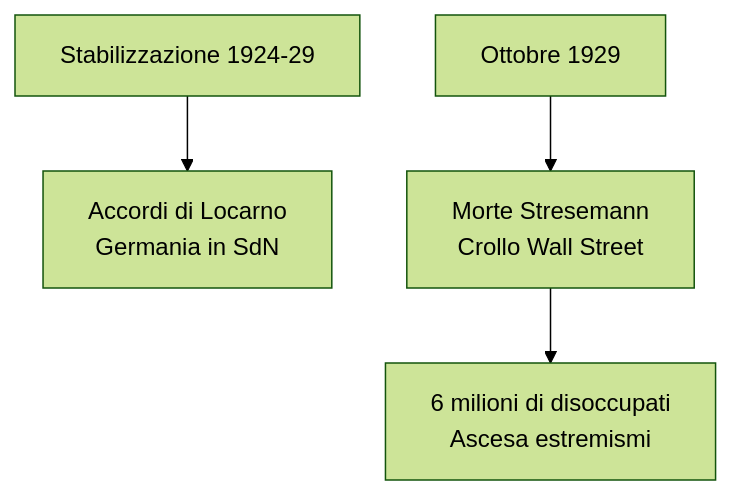
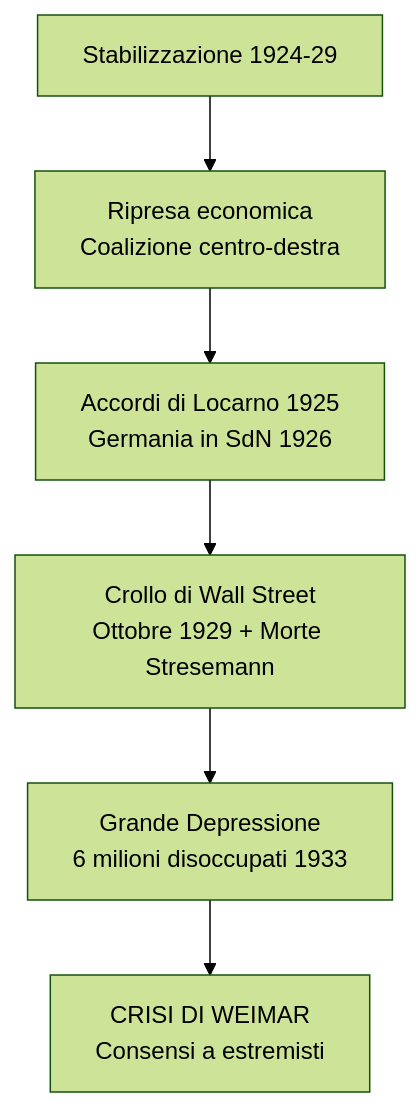
Before and after one commit to riccardo-algorime/appunti-5Bsa: the first of 6 diagrams in storia/materiale/studio/capitolo_3.11_studio_riassunto.md, drawn with Mermaid (forest theme). The commit also changed other lines of this file and 5 other files, not shown here.

````diff
--- a/storia/materiale/studio/capitolo_3.11_studio_riassunto.md
+++ b/storia/materiale/studio/capitolo_3.11_studio_riassunto.md
@@ -40,6 +31,8 @@
 ```mermaid
 flowchart TD
-    A[Stabilizzazione 1924-29] --> B[Accordi di Locarno<br/>Germania in SdN]
-    C[Ottobre 1929] --> D[Morte Stresemann<br/>Crollo Wall Street]
-    D --> E[6 milioni di disoccupati<br/>Ascesa estremismi]
+    A[Stabilizzazione 1924-29] --> B[Ripresa economica<br/>Coalizione centro-destra]
+    B --> C[Accordi di Locarno 1925<br/>Germania in SdN 1926]
+    C --> D[Crollo di Wall Street<br/>Ottobre 1929 + Morte Stresemann]
+    D --> E[Grande Depressione<br/>6 milioni disoccupati 1933]
+    E --> F[CRISI DI WEIMAR<br/>Consensi a estremisti]
 ```
````
